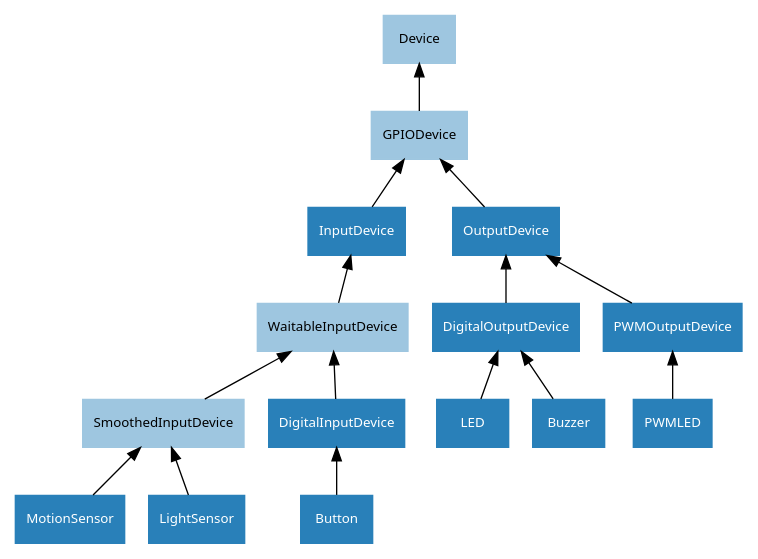
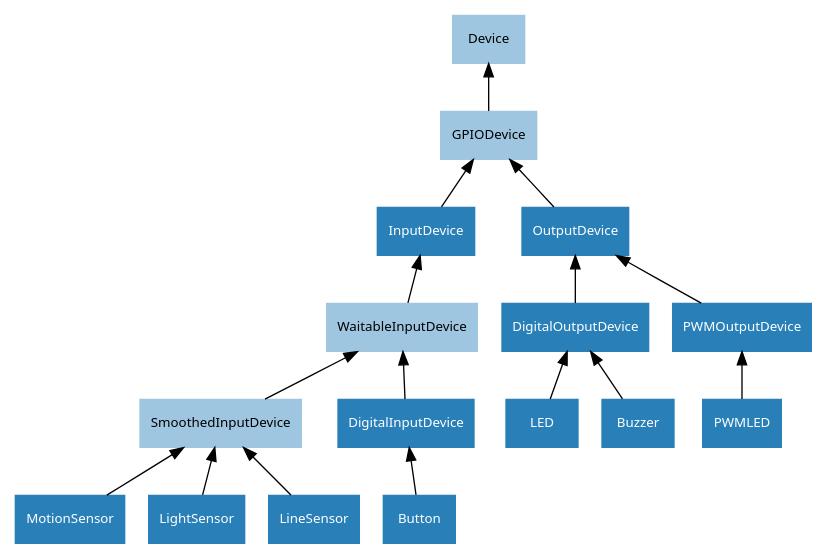
One commit to gpiozero/gpiozero changed the diagram in docs/images/gpio_device_hierarchy.dot. Above: the diagram before and after it, drawn with Graphviz. The commit also changed 3 other files, not shown here.

```diff
--- a/docs/images/gpio_device_hierarchy.dot
+++ b/docs/images/gpio_device_hierarchy.dot
@@ -1,33 +1,34 @@
 /* vim: set et sw=4 sts=4: */
 
 digraph classes {
     graph [rankdir=BT];
     node [shape=rect, style=filled, fontname=Sans, fontsize=10];
     edge [];
 
     /* Abstract classes */
     node [color="#9ec6e0", fontcolor="#000000"]
     Device;
     GPIODevice;
     WaitableInputDevice;
     SmoothedInputDevice;
 
     /* Concrete classes */
     node [color="#2980b9", fontcolor="#ffffff"];
 
     GPIODevice->Device;
     InputDevice->GPIODevice;
     WaitableInputDevice->InputDevice;
     DigitalInputDevice->WaitableInputDevice;
     SmoothedInputDevice->WaitableInputDevice;
     Button->DigitalInputDevice;
     MotionSensor->SmoothedInputDevice;
     LightSensor->SmoothedInputDevice;
+    LineSensor->SmoothedInputDevice;
 
     OutputDevice->GPIODevice;
     DigitalOutputDevice->OutputDevice;
     LED->DigitalOutputDevice;
     Buzzer->DigitalOutputDevice;
     PWMOutputDevice->OutputDevice;
     PWMLED->PWMOutputDevice;
 }
```
